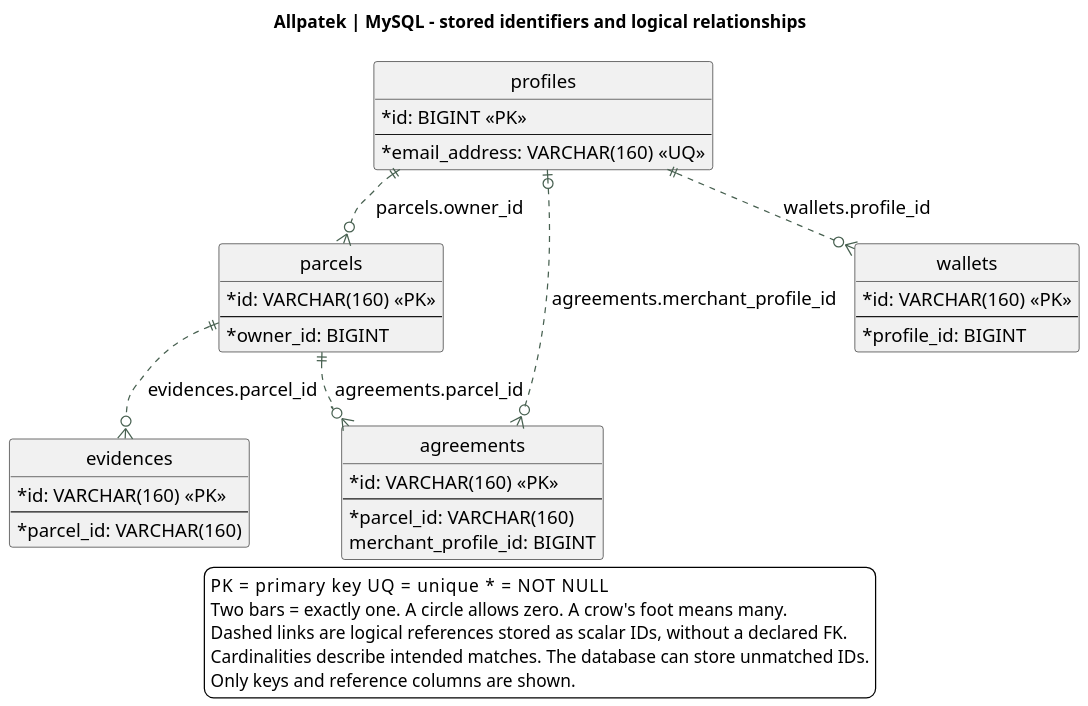
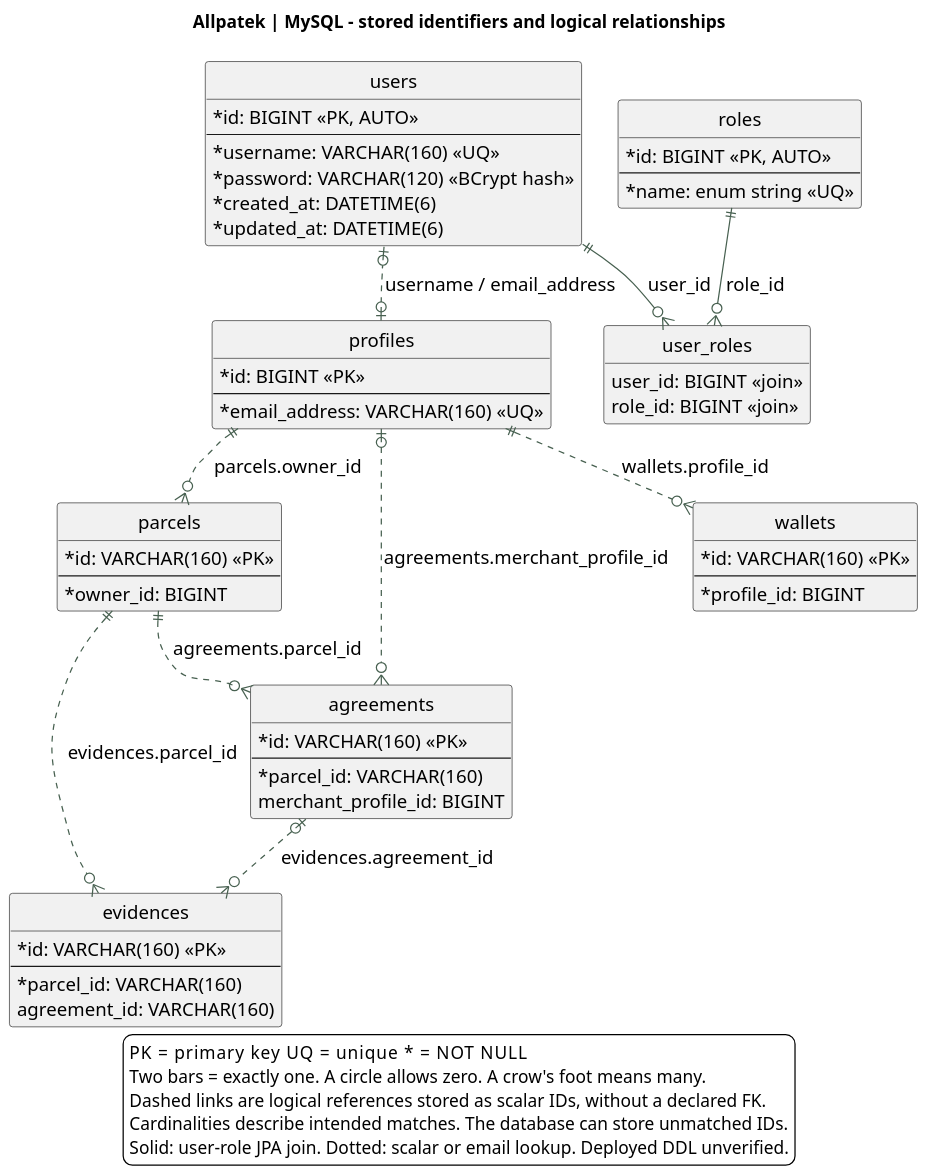
Before and after one commit to upc-pre-202620-1asi0729-7753-Terranova/allpatek-report: the diagram in assets/chapter-04/architecture/20-database-overview.puml, drawn with PlantUML. The commit also changed 3 other files, not shown here.

```diff
--- a/assets/chapter-04/architecture/20-database-overview.puml
+++ b/assets/chapter-04/architecture/20-database-overview.puml
@@ -1,55 +1,77 @@
 @startuml
 !pragma layout smetana
 skinparam backgroundColor white
 skinparam defaultFontName SansSerif
 skinparam defaultFontSize 15
 skinparam shadowing false
 skinparam classAttributeIconSize 0
 skinparam ArrowColor #476050
 skinparam dpi 140
 hide methods
 hide circle
 top to bottom direction
 title Allpatek | MySQL - stored identifiers and logical relationships
 
 entity "profiles" as profile {
   {field} * id: BIGINT <<PK>>
   --
   {field} * email_address: VARCHAR(160) <<UQ>>
 }
 entity "parcels" as parcel {
   {field} * id: VARCHAR(160) <<PK>>
   --
   {field} * owner_id: BIGINT
 }
 entity "agreements" as agreement {
   {field} * id: VARCHAR(160) <<PK>>
   --
   {field} * parcel_id: VARCHAR(160)
   {field} merchant_profile_id: BIGINT
 }
 entity "wallets" as wallet {
   {field} * id: VARCHAR(160) <<PK>>
   --
   {field} * profile_id: BIGINT
 }
 entity "evidences" as evidence {
   {field} * id: VARCHAR(160) <<PK>>
   --
   {field} * parcel_id: VARCHAR(160)
+  {field} agreement_id: VARCHAR(160)
 }
 
+entity "users" as usr {
+  {field} * id: BIGINT <<PK, AUTO>>
+  --
+  {field} * username: VARCHAR(160) <<UQ>>
+  {field} * password: VARCHAR(120) <<BCrypt hash>>
+  {field} * created_at: DATETIME(6)
+  {field} * updated_at: DATETIME(6)
+}
+entity "roles" as role {
+  {field} * id: BIGINT <<PK, AUTO>>
+  --
+  {field} * name: enum string <<UQ>>
+}
+entity "user_roles" as ur {
+  {field} user_id: BIGINT <<join>>
+  {field} role_id: BIGINT <<join>>
+}
+usr ||--o{ ur : user_id
+role ||--o{ ur : role_id
+usr |o..o| profile : username / email_address
 profile ||..o{ parcel : parcels.owner_id
 profile |o..o{ agreement : agreements.merchant_profile_id
 profile ||..o{ wallet : wallets.profile_id
 parcel ||..o{ agreement : agreements.parcel_id
 parcel ||..o{ evidence : evidences.parcel_id
+agreement |o..o{ evidence : evidences.agreement_id
 
 legend bottom
   PK = primary key     UQ = unique     * = NOT NULL
   Two bars = exactly one. A circle allows zero. A crow's foot means many.
   Dashed links are logical references stored as scalar IDs, without a declared FK.
   Cardinalities describe intended matches. The database can store unmatched IDs.
-  Only keys and reference columns are shown.
+  Solid: user-role JPA join. Dotted: scalar or email lookup. Deployed DDL unverified.
 endlegend
 @enduml
```
